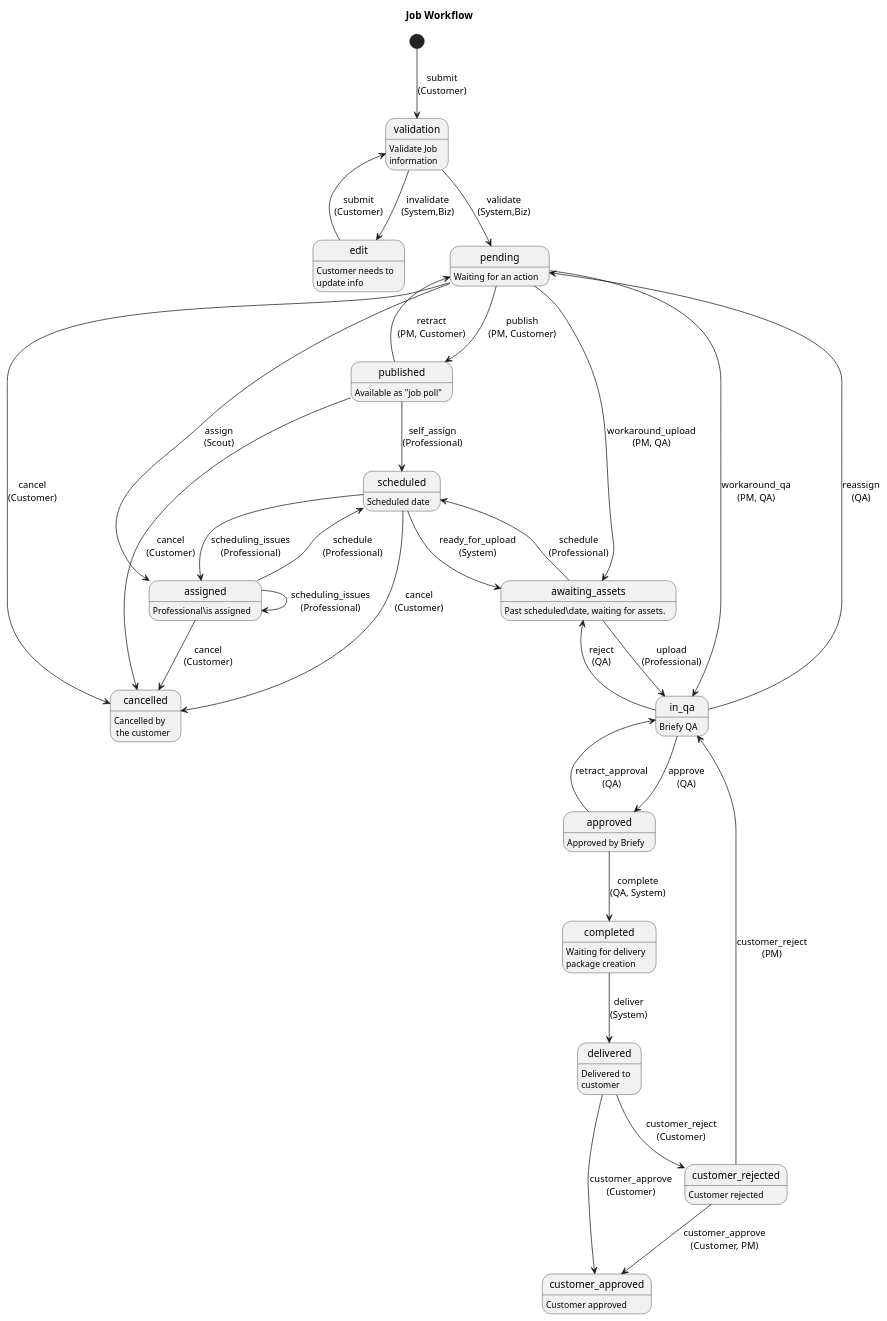
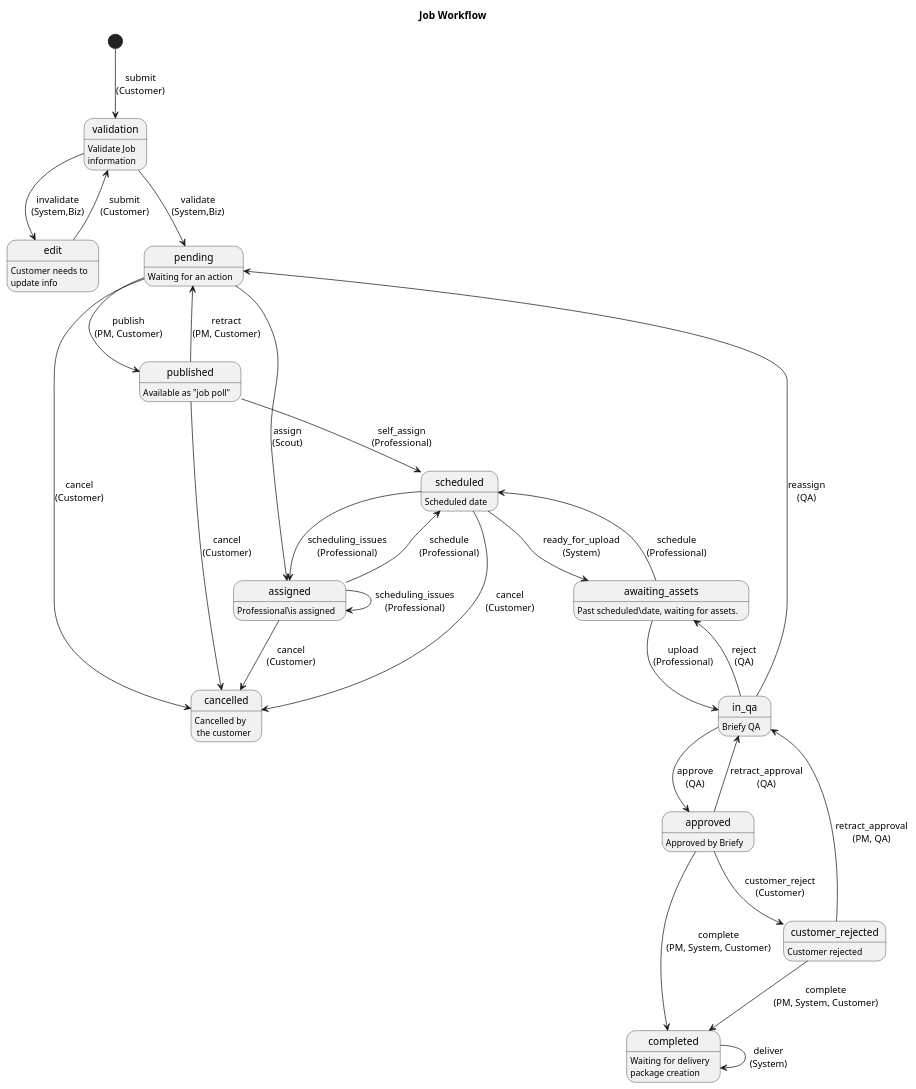
One commit to BriefyHQ/briefy.leica changed the diagram in docs/objects/job.rst. Above: the diagram before and after it, drawn with PlantUML. The commit also changed 9 other files, not shown here.

```diff
--- a/docs/objects/job.rst
+++ b/docs/objects/job.rst
@@ -7,53 +7,48 @@
 .. uml::
 
     @startuml
 
     title Job Workflow
 
     state validation: Validate Job\ninformation
     state edit: Customer needs to\nupdate info
     state pending: Waiting for an action
     state published: Available as "job poll"
     state assigned: Professional\is assigned
     state scheduled: Scheduled date
     state cancelled: Cancelled by\n the customer
     state awaiting_assets: Past scheduled\date, waiting for assets.
     state in_qa: Briefy QA
     state approved: Approved by Briefy
     state completed: Waiting for delivery\npackage creation
-    state delivered: Delivered to\ncustomer
     state customer_rejected: Customer rejected
-    state customer_approved: Customer approved
 
     [*] --> validation : submit\n(Customer)
     validation --> edit : invalidate\n(System,Biz)
     edit --> validation : submit\n(Customer)
     validation --> pending : validate\n(System,Biz)
-    pending --> in_qa : workaround_qa\n(PM, QA)
-    pending --> awaiting_assets : workaround_upload\n(PM, QA)
     pending --> assigned: assign\n(Scout)
     pending --> published: publish\n(PM, Customer)
     published --> pending: retract\n(PM, Customer)
     published --> scheduled: self_assign\n(Professional)
     assigned --> scheduled: schedule\n(Professional)
     assigned --> assigned: scheduling_issues\n(Professional)
     scheduled --> assigned: scheduling_issues\n(Professional)
     awaiting_assets --> scheduled: schedule\n(Professional)
     scheduled --> awaiting_assets: ready_for_upload\n(System)
     awaiting_assets --> in_qa: upload\n(Professional)
     in_qa --> awaiting_assets: reject\n(QA)
     in_qa --> approved: approve\n(QA)
     in_qa --> pending: reassign\n(QA)
     approved --> in_qa: retract_approval\n(QA)
-    approved --> completed: complete\n(QA, System)
-    completed --> delivered: deliver\n(System)
-    delivered --> customer_rejected: customer_reject\n(Customer)
-    delivered --> customer_approved: customer_approve\n(Customer)
-    customer_rejected --> customer_approved: customer_approve\n(Customer, PM)
-    customer_rejected --> in_qa: customer_reject\n(PM)
+    approved --> completed: complete\n(PM, System, Customer)
+    approved --> customer_rejected: customer_reject\n(Customer)
+    customer_rejected --> completed: complete\n(PM, System, Customer)
+    customer_rejected --> in_qa: retract_approval\n(PM, QA)
+    completed --> completed: deliver\n(System)
     pending --> cancelled: cancel\n(Customer)
     published --> cancelled: cancel\n(Customer)
     assigned --> cancelled: cancel\n(Customer)
     scheduled --> cancelled: cancel\n(Customer)
 
     @enduml
```
